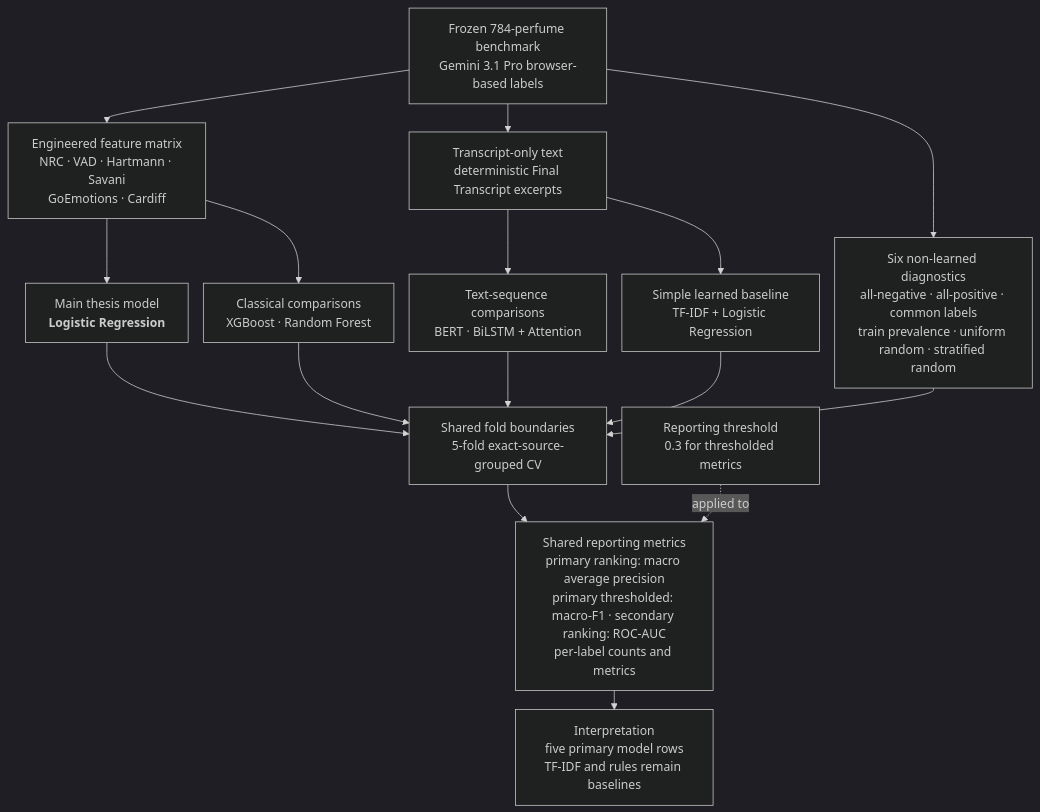
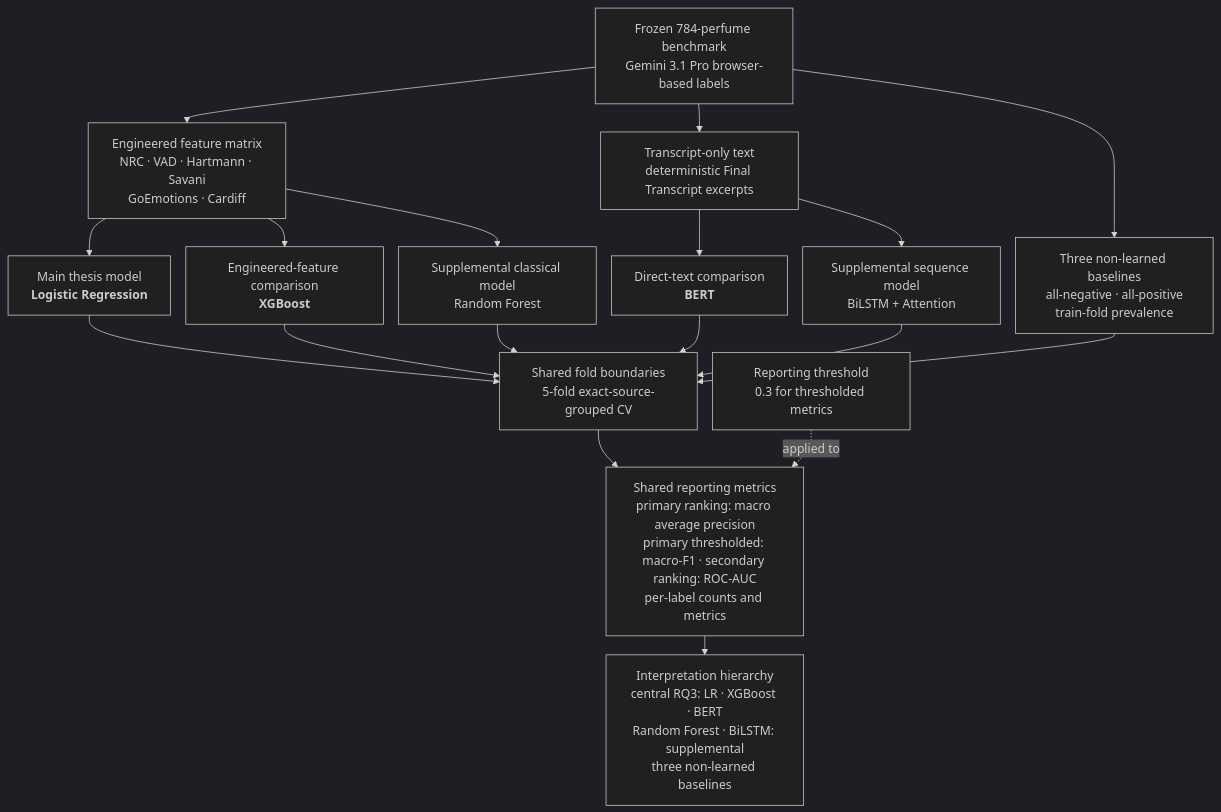
The diagram in docs/thesis/mermaid diagrams/mermaid codes/figure_3_4_model_comparison_branches.mmd (ececanga/Sentiment-Analysis-for-Perfume-Reviews), drawn with Mermaid (dark theme) before and after one commit. The commit also changed 36 other files, not shown here.

```diff
--- a/docs/thesis/mermaid diagrams/mermaid codes/figure_3_4_model_comparison_branches.mmd
+++ b/docs/thesis/mermaid diagrams/mermaid codes/figure_3_4_model_comparison_branches.mmd
@@ -1,30 +1,32 @@
 ---
 config:
   layout: dagre
   flowchart:
     nodeSpacing: 20
     rankSpacing: 25
 ---
 flowchart TD
     A["Frozen 784-perfume benchmark<br/>Gemini 3.1 Pro browser-based labels"]
 
     A --> B["Engineered feature matrix<br/>NRC · VAD · Hartmann · Savani<br/>GoEmotions · Cardiff"]
     A --> C["Transcript-only text<br/>deterministic Final Transcript excerpts"]
 
     B --> D["Main thesis model<br/><b>Logistic Regression</b>"]
-    B --> E["Classical comparisons<br/>XGBoost · Random Forest"]
-    C --> F["Text-sequence comparisons<br/>BERT · BiLSTM + Attention"]
-    C --> T["Simple learned baseline<br/>TF-IDF + Logistic Regression"]
-    A --> R["Six non-learned diagnostics<br/>all-negative · all-positive · common labels<br/>train prevalence · uniform random · stratified random"]
+    B --> E["Engineered-feature comparison<br/><b>XGBoost</b>"]
+    C --> F["Direct-text comparison<br/><b>BERT</b>"]
+    B --> S["Supplemental classical model<br/>Random Forest"]
+    C --> U["Supplemental sequence model<br/>BiLSTM + Attention"]
+    A --> R["Three non-learned baselines<br/>all-negative · all-positive<br/>train-fold prevalence"]
 
     D --> G["Shared fold boundaries<br/>5-fold exact-source-grouped CV"]
     E --> G
     F --> G
-    T --> G
+    S --> G
+    U --> G
     R --> G
 
     G --> H["Shared reporting metrics<br/>primary ranking: macro average precision<br/>primary thresholded: macro-F1 · secondary ranking: ROC-AUC<br/>per-label counts and metrics"]
 
-    H --> I["Interpretation<br/>five primary model rows<br/>TF-IDF and rules remain baselines"]
+    H --> I["Interpretation hierarchy<br/>central RQ3: LR · XGBoost · BERT<br/>Random Forest · BiLSTM: supplemental<br/>three non-learned baselines"]
 
     J["Reporting threshold<br/>0.3 for thresholded metrics"] -. applied to .-> H
```
